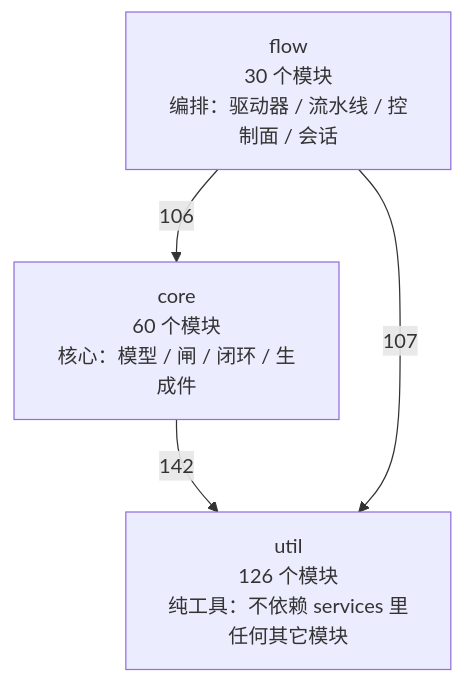
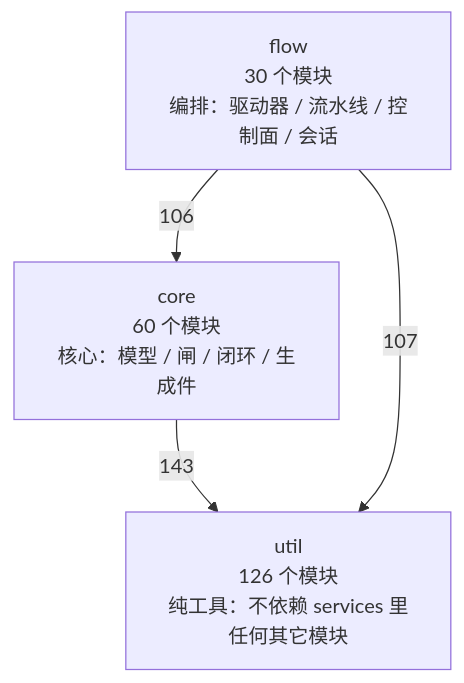
One commit to 2686521696/WhyBuddy changed the first of 4 diagrams in docs/SlideRule V6.2 架构图（自动生成）.md. Above: the diagram before and after it, drawn with Mermaid. The commit also changed other lines of this file and 4 other files, not shown here.

First line of the commit message:
闸清单进架构图：这个系统到底有几道闸，谁看着它们

````diff
--- a/docs/SlideRule V6.2 架构图（自动生成）.md
+++ b/docs/SlideRule V6.2 架构图（自动生成）.md
@@ -48,9 +48,9 @@
 ```mermaid
 flowchart TB
   util["util<br/>126 个模块<br/>纯工具：不依赖 services 里任何其它模块"]
   core["core<br/>60 个模块<br/>核心：模型 / 闸 / 闭环 / 生成件"]
   flow["flow<br/>30 个模块<br/>编排：驱动器 / 流水线 / 控制面 / 会话"]
-  core -->|142| util
+  core -->|143| util
   flow -->|106| core
   flow -->|107| util
 ```
````
